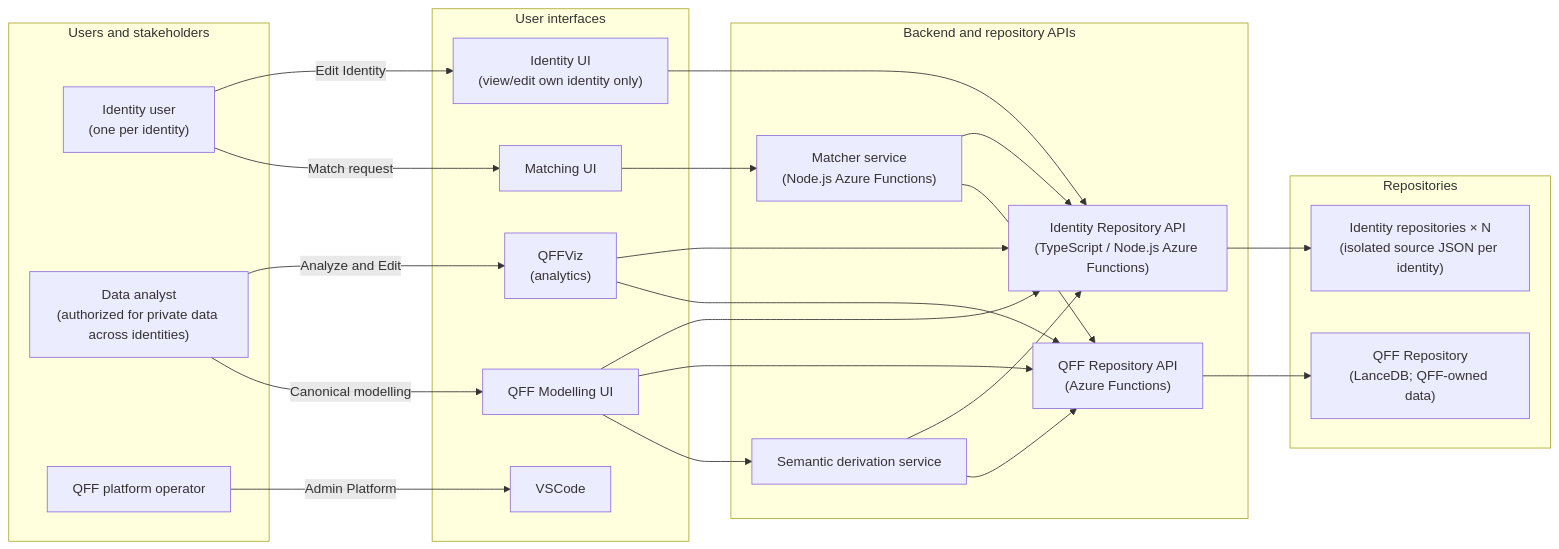
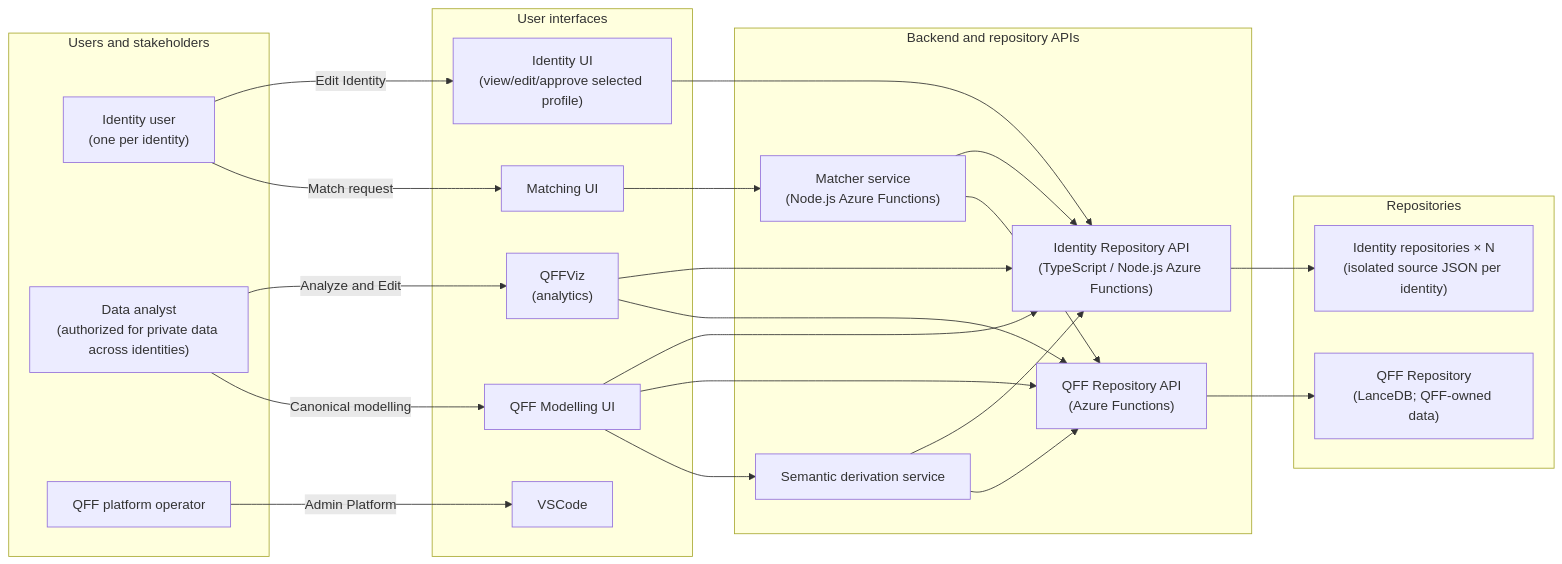
The diagram in module/QFF/plan-canonical-ontology.md (ZenMe-AU/ZBApp), drawn with Mermaid before and after one commit. The commit also changed other lines of this file, not shown here.

````diff
--- a/module/QFF/plan-canonical-ontology.md
+++ b/module/QFF/plan-canonical-ontology.md
@@ -23,44 +24,44 @@
 ```mermaid
 flowchart LR
   subgraph People["Users and stakeholders"]
     IdentityUser["Identity user<br/>(one per identity)"]
     Analyst["Data analyst<br/>(authorized for private data across identities)"]
     Operator["QFF platform operator"]
   end
 
   subgraph UIs["User interfaces"]
     AdminPortal["VSCode"]
-    IdentityUI["Identity UI<br/>(view/edit own identity only)"]
+    IdentityUI["Identity UI<br/>(view/edit/approve selected profile)"]
     QFFViz["QFFViz<br/>(analytics)"]
     ModelingUI["QFF Modelling UI"]
     RequestUI["Matching UI"]
   end
 
   subgraph Services["Backend and repository APIs"]
     IdentityAPI["Identity Repository API<br/>(TypeScript / Node.js Azure Functions)"]
     QFFAPI["QFF Repository API<br/>(Azure Functions)"]
     Matcher["Matcher service<br/>(Node.js Azure Functions)"]
     Derivation["Semantic derivation service"]
   end
 
   subgraph Data["Repositories"]
     IdentityStores["Identity repositories × N<br/>(isolated source JSON per identity)"]
     QFFStore["QFF Repository<br/>(LanceDB; QFF-owned data)"]
   end
 
   IdentityUser -- Edit Identity --> IdentityUI --> IdentityAPI --> IdentityStores
   Analyst -- Analyze and Edit --> QFFViz
   QFFViz --> IdentityAPI
   QFFViz --> QFFAPI
   Analyst -- Canonical modelling --> ModelingUI
   ModelingUI --> IdentityAPI
   ModelingUI --> QFFAPI
   ModelingUI --> Derivation
   IdentityUser -- Match request --> RequestUI --> Matcher
   Matcher --> IdentityAPI
   Matcher --> QFFAPI
   Derivation --> IdentityAPI
   Derivation --> QFFAPI
   QFFAPI --> QFFStore
   Operator -- Admin Platform --> AdminPortal
 ```
````
